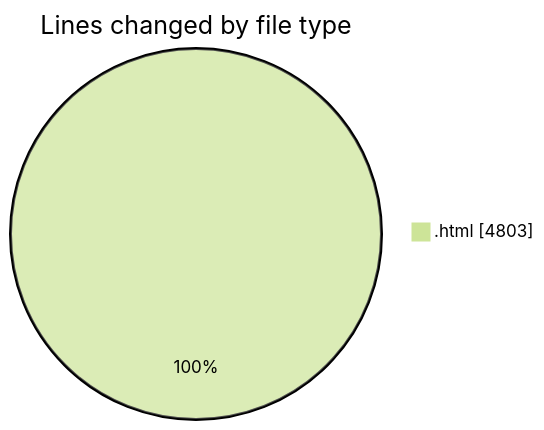
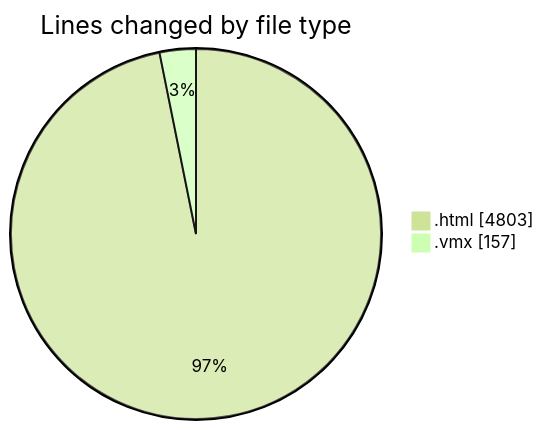
Before and after one commit to shibass792/code-tracking: the first of 2 diagrams in 2026-07-13/untitled__workspace_/README.md, drawn with Mermaid (forest theme). The commit also changed other lines of this file and 1 other file, not shown here.

````diff
--- a/2026-07-13/untitled__workspace_/README.md
+++ b/2026-07-13/untitled__workspace_/README.md
@@ -20,5 +21,6 @@
 ```mermaid
 pie showData
 title Lines changed by file type
 ".html" : 4803
+".vmx" : 157
 ```
````
